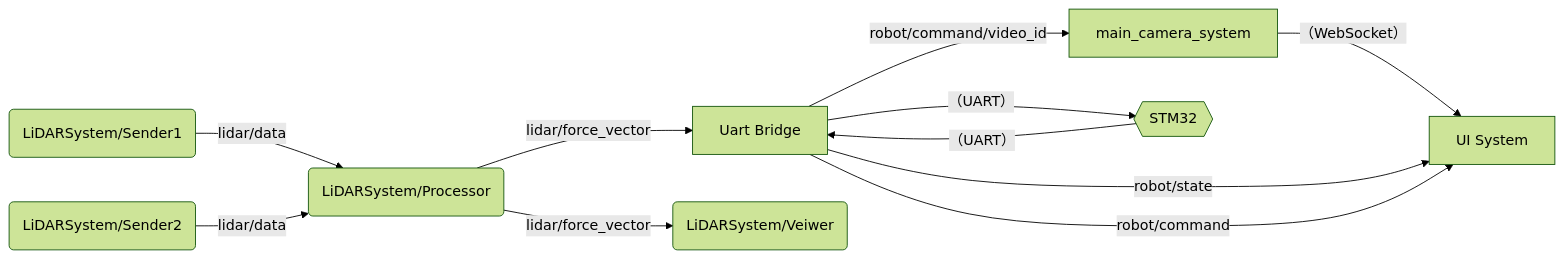
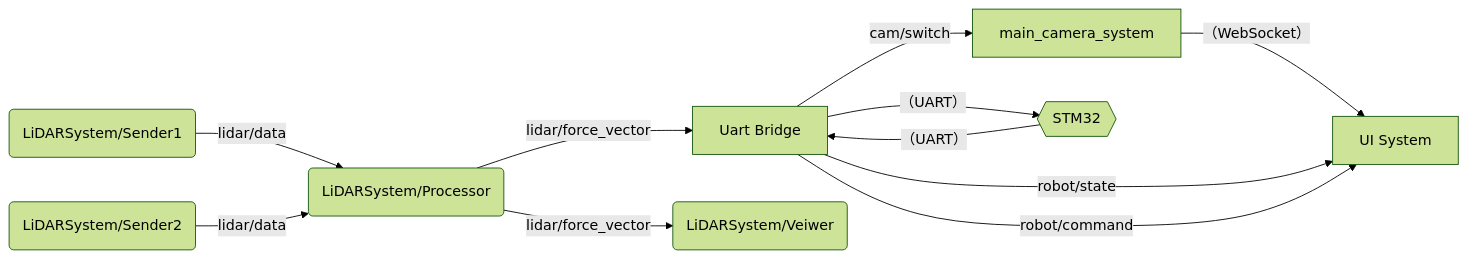
The diagram in README.md (CoRE-MA-KING/roboapp), drawn with Mermaid (forest theme) before and after one commit. The commit also changed other lines of this file, not shown here.

````diff
--- a/README.md
+++ b/README.md
@@ -70,23 +71,23 @@
 ```mermaid
     flowchart LR
 
     A[main_camera_system]
     B[UI System]
     U[Uart Bridge]
     M{{STM32}}
     LS1(LiDARSystem/Sender1)
     LS2(LiDARSystem/Sender2)
     LP(LiDARSystem/Processor)
     LV(LiDARSystem/Veiwer)
 
     A -- （WebSocket）--> B
     U -- robot/state --> B
     U -- robot/command --> B
     LS1 -- lidar/data --> LP
     LS2 -- lidar/data --> LP
     LP -- lidar/force_vector --> U
     LP -- lidar/force_vector --> LV
     U -- （UART） --> M
-    U -- robot/command/video_id --> A
+    U -- cam/switch --> A
     M -- （UART） --> U
 ```
````
